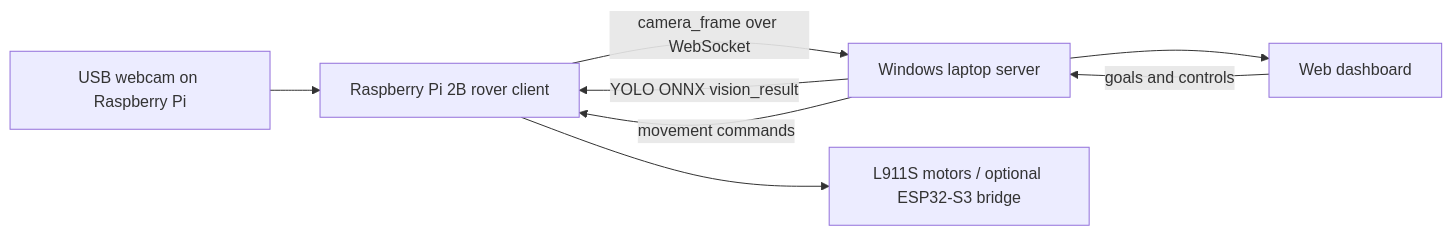
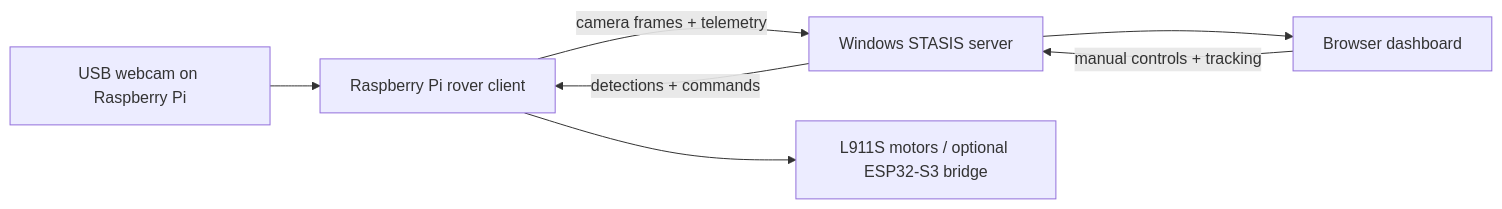
One commit to Catkartikwastaken/Stasis changed the diagram in README.md. Above: the diagram before and after it, drawn with Mermaid. The commit also changed other lines of this file and 2 other files, not shown here.

````diff
--- a/README.md
+++ b/README.md
@@ -21,10 +24,9 @@
 ```mermaid
 flowchart LR
-    Camera["USB webcam on Raspberry Pi"] --> Pi["Raspberry Pi 2B rover client"]
-    Pi -->|"camera_frame over WebSocket"| Server["Windows laptop server"]
-    Server -->|"YOLO ONNX vision_result"| Pi
-    Server --> Dashboard["Web dashboard"]
-    Dashboard -->|"goals and controls"| Server
-    Server -->|"movement commands"| Pi
+    Camera["USB webcam on Raspberry Pi"] --> Pi["Raspberry Pi rover client"]
+    Pi -->|"camera frames + telemetry"| Server["Windows STASIS server"]
+    Server -->|"detections + commands"| Pi
+    Server --> Dashboard["Browser dashboard"]
+    Dashboard -->|"manual controls + tracking"| Server
     Pi --> Motors["L911S motors / optional ESP32-S3 bridge"]
 ```
````
